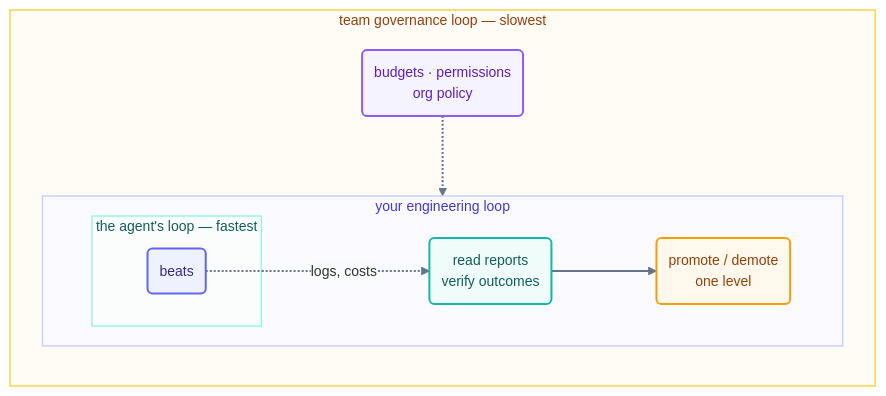
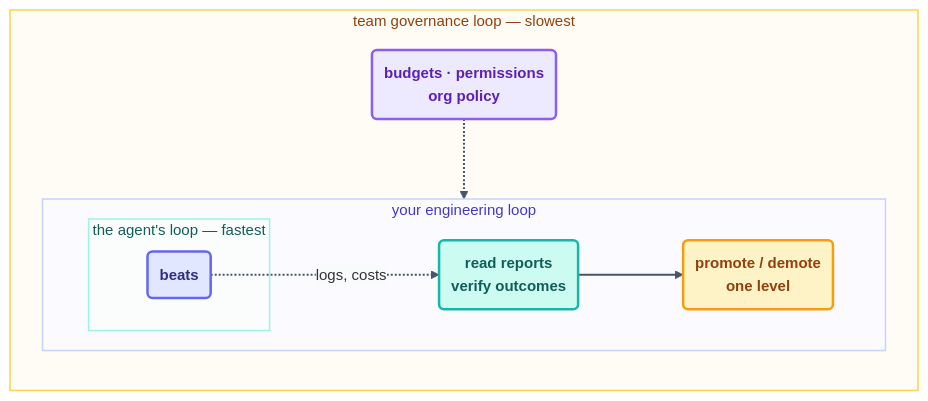
The second of 2 diagrams in docs/08-part-6-human-control/14-staying-the-engineer.md (ayeshakhalid192007-dev/LoopEngineering-CrashCourse), drawn with Mermaid before and after one commit. The commit also changed other lines of this file and 66 other files, not shown here.

First line of the commit message:
docs(diagrams): visibly bolder pass — deeper fills, heavier strokes, semibold labels

````diff
--- a/docs/08-part-6-human-control/14-staying-the-engineer.md
+++ b/docs/08-part-6-human-control/14-staying-the-engineer.md
@@ -65,23 +65,23 @@
 ```mermaid
-%%{init: {'theme':'base','themeVariables':{'fontFamily':'ui-sans-serif, system-ui, sans-serif','fontSize':'14px','lineColor':'#64748b','edgeLabelBackground':'#f8fafc'},'flowchart':{'curve':'basis','nodeSpacing':45,'rankSpacing':55,'padding':12}}}%%
+%%{init: {'theme':'base','themeVariables':{'fontFamily':'ui-sans-serif, system-ui, sans-serif','fontSize':'15px','lineColor':'#475569','edgeLabelBackground':'#f8fafc'},'flowchart':{'curve':'basis','nodeSpacing':45,'rankSpacing':55,'padding':12}}}%%
 flowchart LR
     subgraph GOV ["team governance loop — slowest"]
       subgraph ENG ["your engineering loop"]
         subgraph AG ["the agent's loop — fastest"]
           B("beats"):::beat
         end
         R("read reports<br/>verify outcomes"):::check --> P("promote / demote<br/>one level"):::human2
       end
       POL("budgets · permissions<br/>org policy"):::cfg
     end
     B -.->|"logs, costs"| R
     POL -.-> ENG
-    linkStyle default stroke:#64748b,stroke-width:2px;
-    classDef beat fill:#eef2ff,stroke:#6366f1,stroke-width:2px,color:#312e81;
-    classDef check fill:#effcf9,stroke:#14b8a6,stroke-width:2px,color:#115e59;
-    classDef human2 fill:#fef9ec,stroke:#f59e0b,stroke-width:2px,color:#92400e;
-    classDef cfg fill:#f5f3ff,stroke:#8b5cf6,stroke-width:2px,color:#5b21b6;
+    linkStyle default stroke:#475569,stroke-width:2px;
+    classDef beat fill:#e0e7ff,stroke:#6366f1,stroke-width:2.5px,color:#312e81,font-weight:600;
+    classDef check fill:#ccfbf1,stroke:#14b8a6,stroke-width:2.5px,color:#115e59,font-weight:600;
+    classDef human2 fill:#fef3c7,stroke:#f59e0b,stroke-width:2.5px,color:#92400e,font-weight:600;
+    classDef cfg fill:#ede9fe,stroke:#8b5cf6,stroke-width:2.5px,color:#5b21b6,font-weight:600;
     style GOV fill:#fffbf5,stroke:#fcd34d,stroke-width:1.5px,color:#92400e;
     style ENG fill:#fbfbff,stroke:#c7d2fe,stroke-width:1.5px,color:#4338ca;
     style AG fill:#fbfdfc,stroke:#99f6e4,stroke-width:1.5px,color:#115e59;
 ```
````
